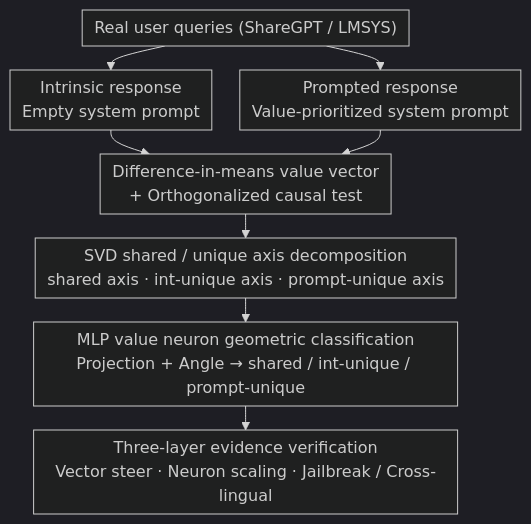
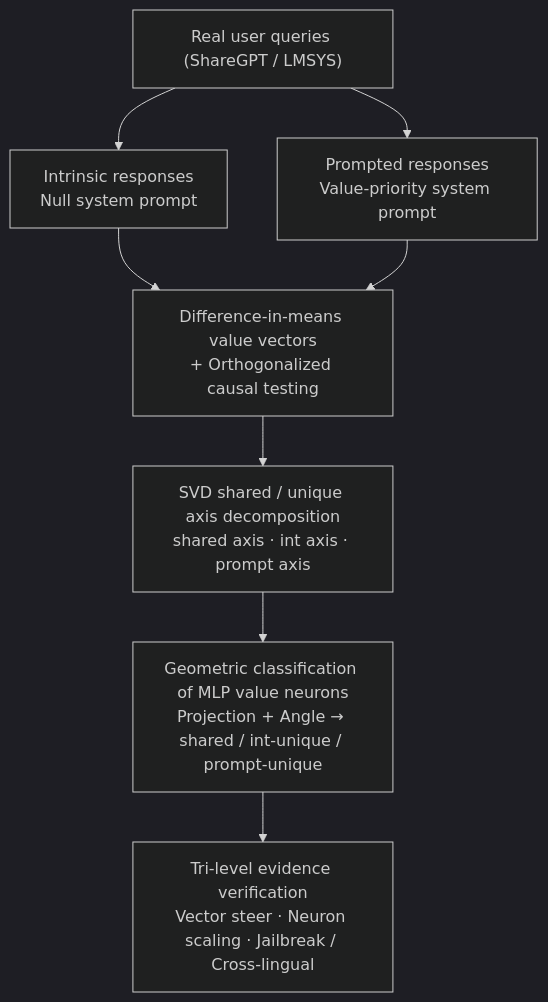
Before and after one commit to zhaoyang97/Paper-Notes-en: the diagram in docs/ICML2026/interpretability/dual_mechanisms_of_value_expression_intrinsic_vs_prompted_values_in_large_langua.md, drawn with Mermaid (dark theme). The commit also changed other lines of this file and 5084 other files, not shown here.

````diff
--- a/docs/ICML2026/interpretability/dual_mechanisms_of_value_expression_intrinsic_vs_prompted_values_in_large_langua.md
+++ b/docs/ICML2026/interpretability/dual_mechanisms_of_value_expression_intrinsic_vs_prompted_values_in_large_langua.md
@@ -41,11 +41,10 @@
 ```mermaid
-%%{init: {'flowchart': {'rankSpacing': 24, 'nodeSpacing': 28, 'padding': 6, 'wrappingWidth': 400}}}%%
-flowchart TD
-    A["Real user queries (ShareGPT / LMSYS)"] --> C["Intrinsic response<br/>Empty system prompt"]
-    A --> D["Prompted response<br/>Value-prioritized system prompt"]
-    C --> E["Difference-in-means value vector<br/>+ Orthogonalized causal test"]
+graph TD
+    A["Real user queries (ShareGPT / LMSYS)"] --> C["Intrinsic responses<br/>Null system prompt"]
+    A --> D["Prompted responses<br/>Value-priority system prompt"]
+    C --> E["Difference-in-means value vectors<br/>+ Orthogonalized causal testing"]
     D --> E
-    E --> F["SVD shared / unique axis decomposition<br/>shared axis · int-unique axis · prompt-unique axis"]
-    F --> G["MLP value neuron geometric classification<br/>Projection + Angle → shared / int-unique / prompt-unique"]
-    G --> H["Three-layer evidence verification<br/>Vector steer · Neuron scaling · Jailbreak / Cross-lingual"]
+    E --> F["SVD shared / unique axis decomposition<br/>shared axis · int axis · prompt axis"]
+    F --> G["Geometric classification of MLP value neurons<br/>Projection + Angle → shared / int-unique / prompt-unique"]
+    G --> H["Tri-level evidence verification<br/>Vector steer · Neuron scaling · Jailbreak / Cross-lingual"]
 ```
````
